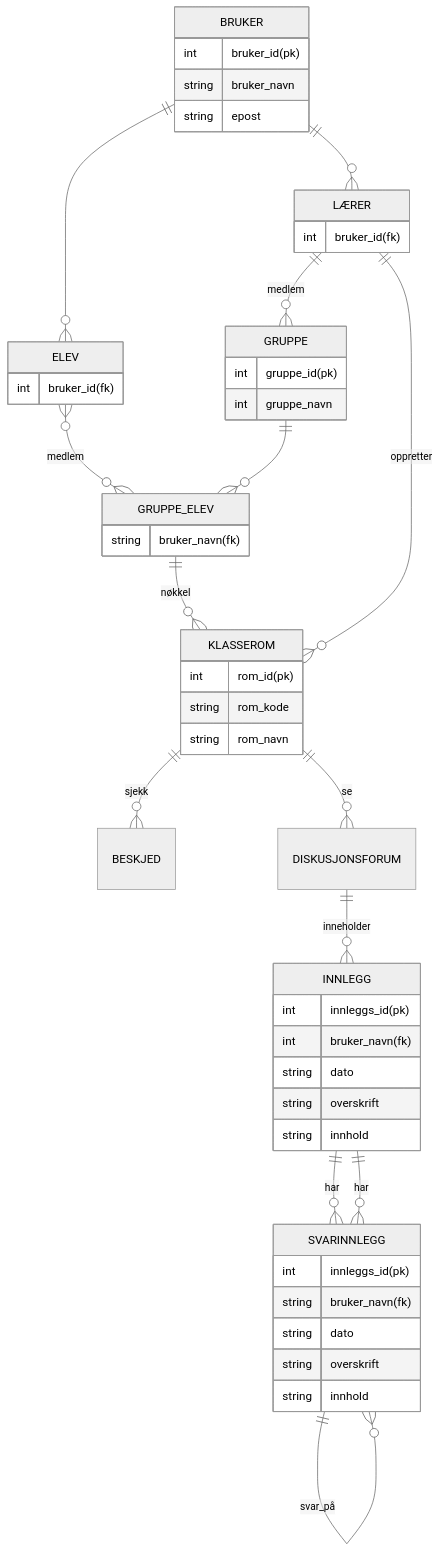
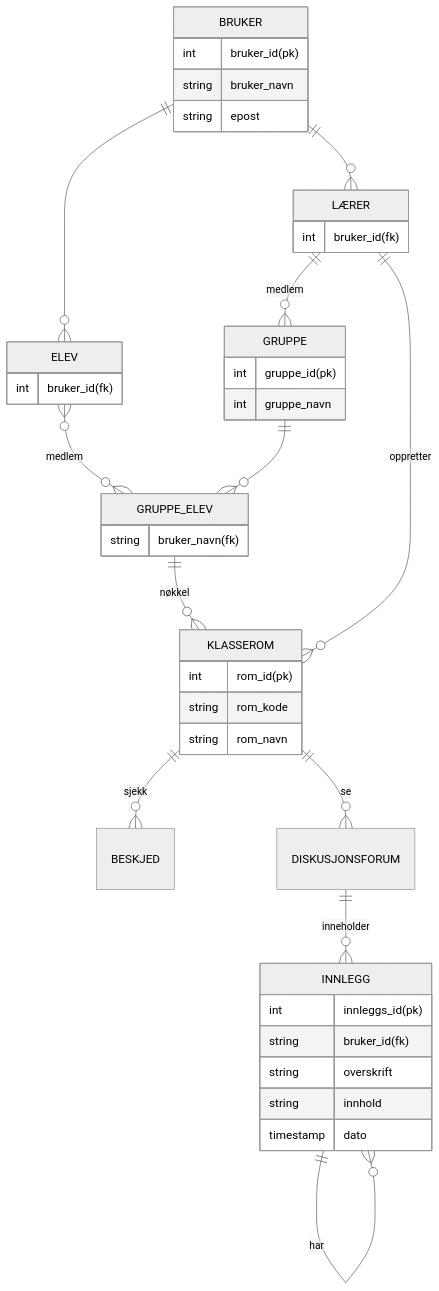
Before and after one commit to programmerBredC/data1500-oving-04: the second of 2 diagrams in OPPGAVE.md, drawn with Mermaid (neutral theme). The commit also changed other lines of this file, not shown here.

````diff
--- a/OPPGAVE.md
+++ b/OPPGAVE.md
@@ -49,57 +49,45 @@
 ```mermaid
 erDiagram
 BRUKER {
     int bruker_id(pk)
     string bruker_navn
     string epost
     }
     BRUKER ||--o{ LÆRER : ""
     BRUKER ||--o{ ELEV : ""
 ELEV {
     int bruker_id(fk)
 }
 LÆRER {
     int bruker_id(fk)
 }
 KLASSEROM {
     int rom_id(pk)
     string rom_kode
     string rom_navn
 }
     ELEV }o--o{ GRUPPE_ELEV : "medlem"
     GRUPPE_ELEV ||--o{ KLASSEROM :"nøkkel"
 
 GRUPPE_ELEV {
     string bruker_navn(fk)
 }
 GRUPPE {
     int gruppe_id(pk)
     int gruppe_navn
 }
     GRUPPE ||--o{ GRUPPE_ELEV: ""
     LÆRER ||--o{ KLASSEROM : "oppretter"
     LÆRER ||--o{ GRUPPE : "medlem"
     KLASSEROM ||--o{ BESKJED : "sjekk"
     KLASSEROM ||--o{ DISKUSJONSFORUM : "se"
     DISKUSJONSFORUM ||--o{ INNLEGG : "inneholder"
-
 INNLEGG {
     int innleggs_id(pk)
-    int bruker_navn(fk)
-    string dato
+    string bruker_id(fk)
     string overskrift
     string innhold
+    timestamp dato
 }
-SVARINNLEGG {
-    int innleggs_id(pk)
-    string bruker_navn(fk)
-    string dato
-    string overskrift
-    string innhold
-}
-    INNLEGG ||--o{ SVARINNLEGG : har
-    SVARINNLEGG ||--o{ SVARINNLEGG : svar_på
-
-    INNLEGG ||--o{ SVARINNLEGG : har
-    SVARINNLEGG ||--o{ SVARINNLEGG : svar_på
+    INNLEGG ||--o{ INNLEGG : har
 ```
````
